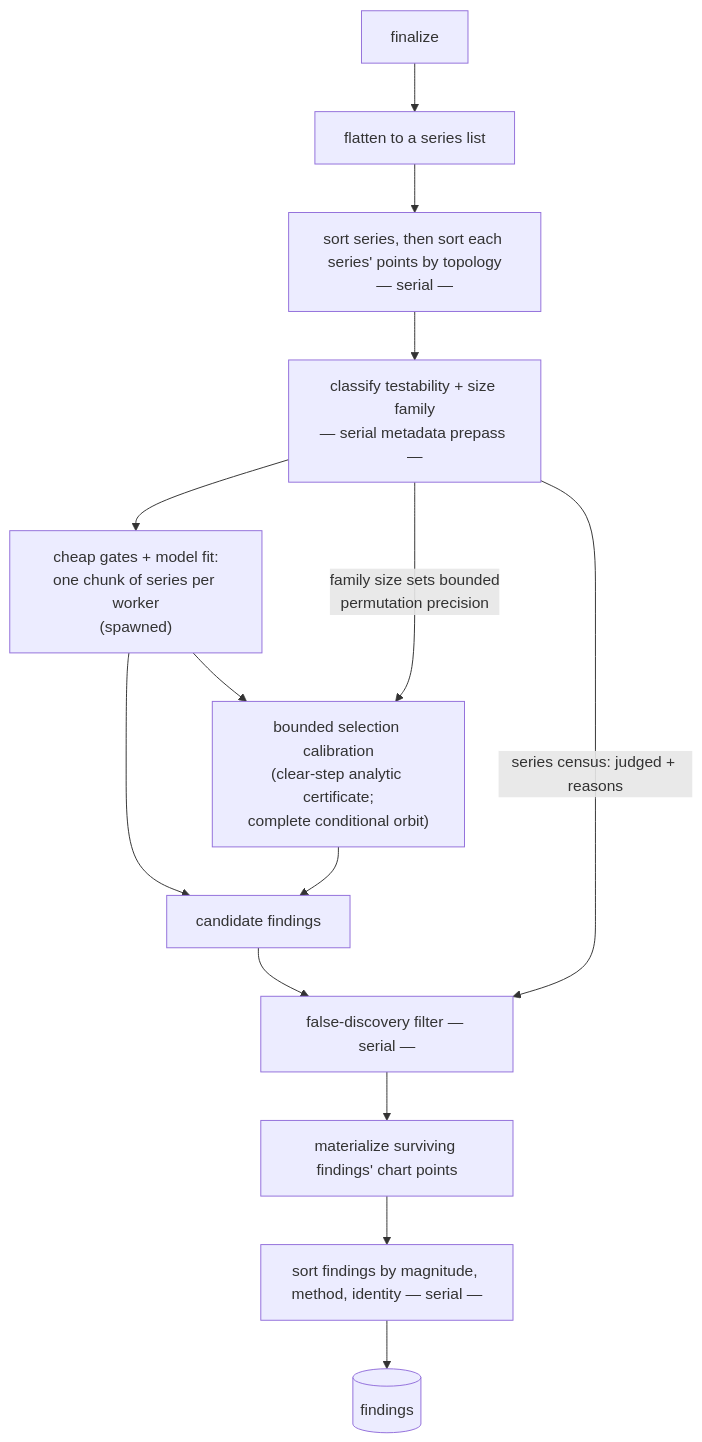
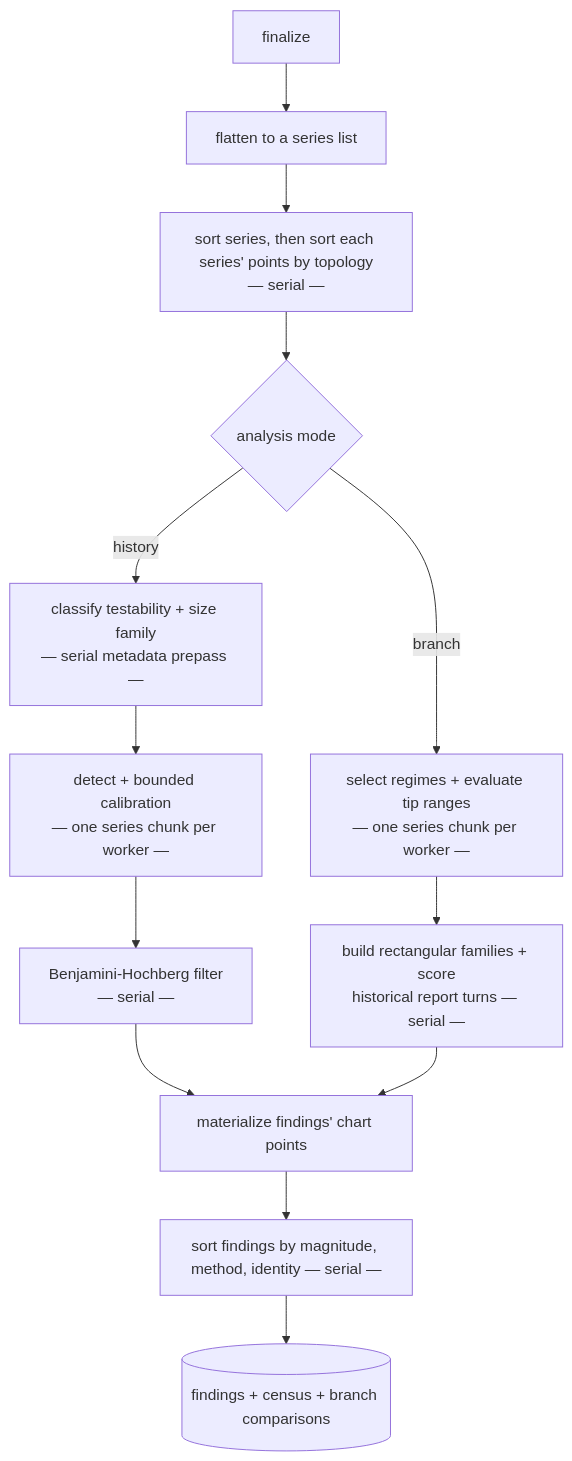
One commit to folo-rs/folo changed the third of 4 diagrams in packages/cargo-bench-history/docs/analyze.md. Above: the diagram before and after it, drawn with Mermaid. The commit also changed other lines of this file and 56 other files, not shown here.

First line of the commit message:
cargo-bench-history: make branch analysis honest

````diff
--- a/packages/cargo-bench-history/docs/analyze.md
+++ b/packages/cargo-bench-history/docs/analyze.md
@@ -116,16 +116,15 @@
 ```mermaid
 flowchart TD
   FIN["finalize"] --> FLAT["flatten to a series list"]
   FLAT --> SS["sort series, then sort each series' points by topology\n— serial —"]
-  SS --> CENSUS["classify testability + size family\n— serial metadata prepass —"]
-  CENSUS --> DALL["cheap gates + model fit:\none chunk of series per worker\n(spawned)"]
-  DALL --> CANDS["candidate findings"]
-  DALL --> CAL["bounded selection calibration\n(clear-step analytic certificate;\ncomplete conditional orbit)"]
-  CAL --> CANDS
-  CANDS --> BH["false-discovery filter — serial —"]
-  CENSUS -->|series census: judged + reasons| BH
-  CENSUS -->|family size sets bounded\npermutation precision| CAL
-  BH --> MAT["materialize surviving findings' chart points"]
+  SS --> MODE{"analysis mode"}
+  MODE -->|history| CENSUS["classify testability + size family\n— serial metadata prepass —"]
+  CENSUS --> HD["detect + bounded calibration\n— one series chunk per worker —"]
+  HD --> BH["Benjamini-Hochberg filter\n— serial —"]
+  MODE -->|branch| BP["select regimes + evaluate tip ranges\n— one series chunk per worker —"]
+  BP --> BC["build rectangular families + score\nhistorical report turns — serial —"]
+  BH --> MAT["materialize findings' chart points"]
+  BC --> MAT
   MAT --> SF["sort findings by magnitude, method, identity — serial —"]
-  SF --> FINDINGS[("findings")]
+  SF --> FINDINGS[("findings + census + branch comparisons")]
 ```
````
